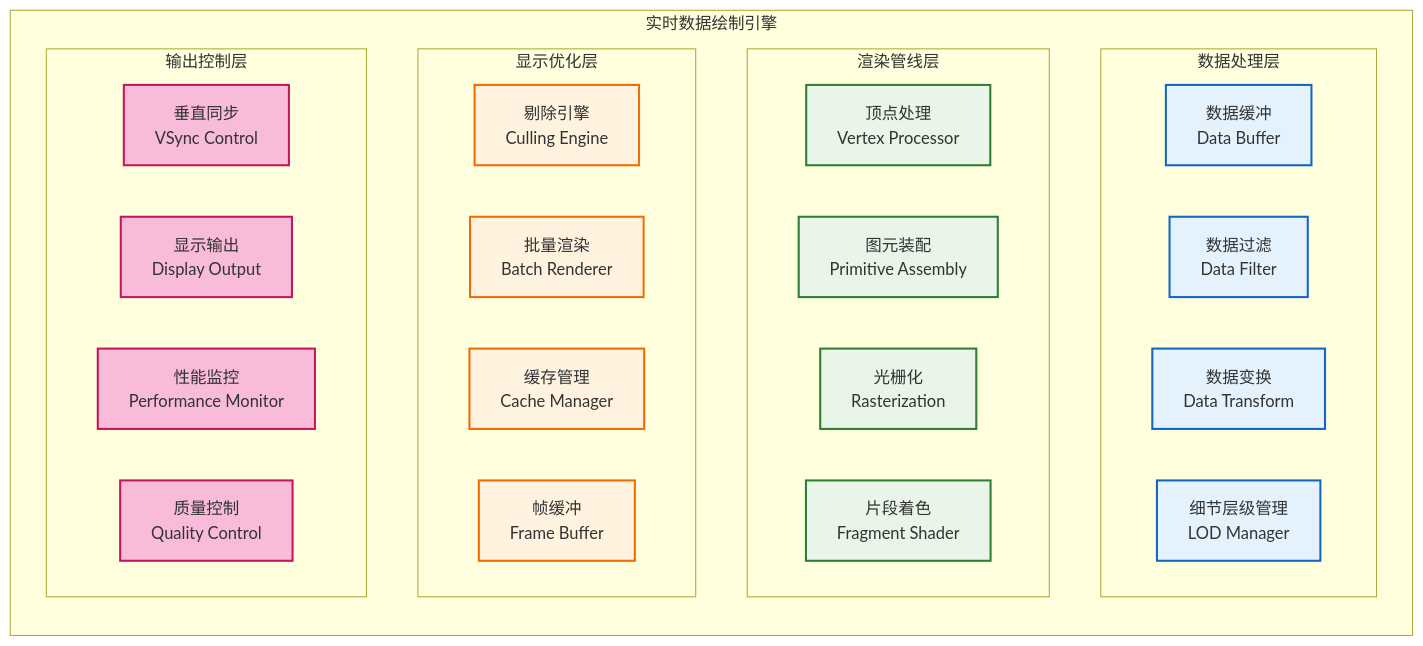
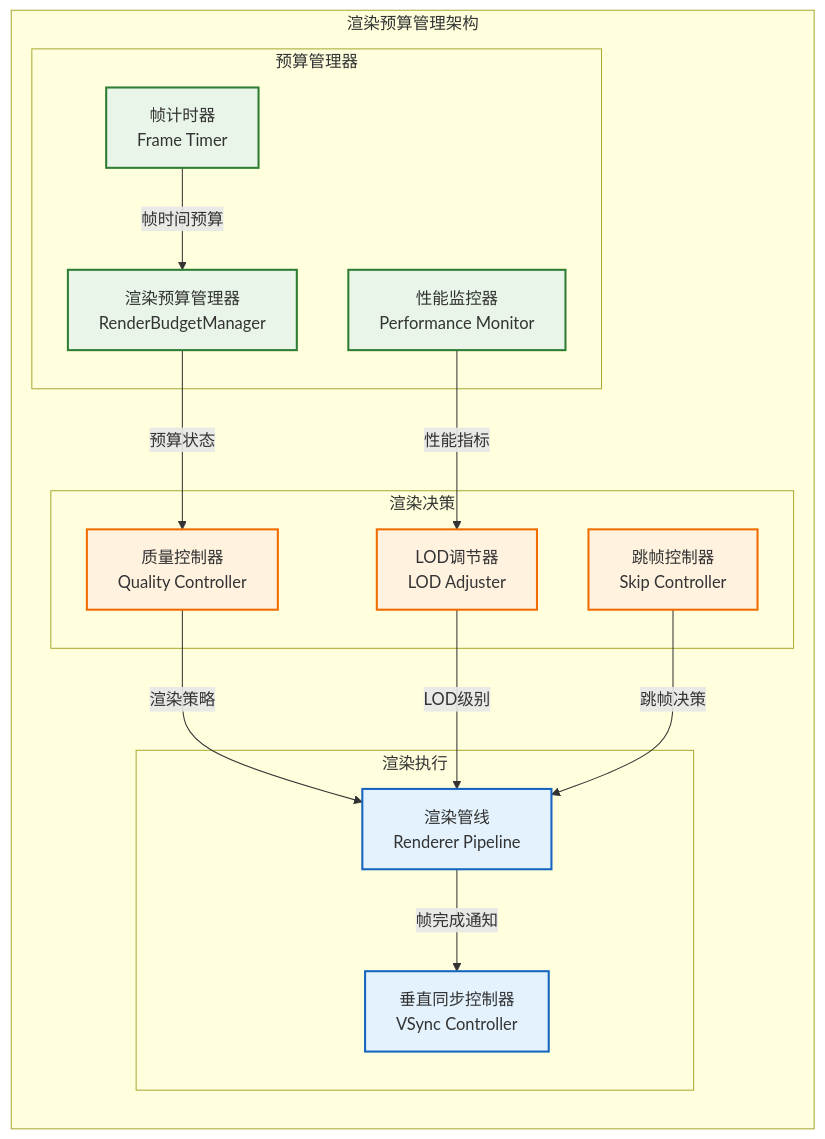
Diagram 11 of 21 in docs/01_项目设计/02_模块设计/04_显控接口模块设计.md (wendizhou99-cell/Radar), drawn with Mermaid before and after one commit. The commit also changed other lines of this file and 7 other files, not shown here.

````diff
--- a/docs/01_项目设计/02_模块设计/04_显控接口模块设计.md
+++ b/docs/01_项目设计/02_模块设计/04_显控接口模块设计.md
@@ -475,46 +923,40 @@
 ```mermaid
 flowchart TB
-    subgraph "实时数据绘制引擎"
+    subgraph "渲染预算管理架构"
         direction TB
 
-        subgraph "数据处理层"
-            DATA_BUFFER[数据缓冲<br/>Data Buffer]
-            DATA_FILTER[数据过滤<br/>Data Filter]
-            DATA_TRANSFORM[数据变换<br/>Data Transform]
-            LOD_MANAGER[细节层级管理<br/>LOD Manager]
+        subgraph "预算管理器"
+            BUDGET_MANAGER[渲染预算管理器<br/>RenderBudgetManager]
+            FRAME_TIMER[帧计时器<br/>Frame Timer]
+            PERF_MONITOR[性能监控器<br/>Performance Monitor]
         end
 
-        subgraph "渲染管线层"
-            VERTEX_PROCESSOR[顶点处理<br/>Vertex Processor]
-            PRIMITIVE_ASSEMBLY[图元装配<br/>Primitive Assembly]
-            RASTERIZATION[光栅化<br/>Rasterization]
-            FRAGMENT_SHADER[片段着色<br/>Fragment Shader]
+        subgraph "渲染决策"
+            QUALITY_CONTROLLER[质量控制器<br/>Quality Controller]
+            LOD_ADJUSTER[LOD调节器<br/>LOD Adjuster]
+            SKIP_CONTROLLER[跳帧控制器<br/>Skip Controller]
         end
 
-        subgraph "显示优化层"
-            CULLING_ENGINE[剔除引擎<br/>Culling Engine]
-            BATCH_RENDERER[批量渲染<br/>Batch Renderer]
-            CACHE_MANAGER[缓存管理<br/>Cache Manager]
-            FRAME_BUFFER[帧缓冲<br/>Frame Buffer]
+        subgraph "渲染执行"
+            RENDERER_PIPELINE[渲染管线<br/>Renderer Pipeline]
+            VSYNC_CONTROLLER[垂直同步控制器<br/>VSync Controller]
         end
 
-        subgraph "输出控制层"
-            VSYNC_CONTROL[垂直同步<br/>VSync Control]
-            DISPLAY_OUTPUT[显示输出<br/>Display Output]
-            PERFORMANCE_MONITOR[性能监控<br/>Performance Monitor]
-            QUALITY_CONTROL[质量控制<br/>Quality Control]
-        end
-
-        %% 此图展示渲染管线的标准流程，箭头表示数据处理的必要顺序
+        %% 数据流
+        FRAME_TIMER -- "帧时间预算" --> BUDGET_MANAGER
+        BUDGET_MANAGER -- "预算状态" --> QUALITY_CONTROLLER
+        QUALITY_CONTROLLER -- "渲染策略" --> RENDERER_PIPELINE
+        PERF_MONITOR -- "性能指标" --> LOD_ADJUSTER
+        LOD_ADJUSTER -- "LOD级别" --> RENDERER_PIPELINE
+        SKIP_CONTROLLER -- "跳帧决策" --> RENDERER_PIPELINE
+        RENDERER_PIPELINE -- "帧完成通知" --> VSYNC_CONTROLLER
     end
 
-    classDef data fill:#e3f2fd,stroke:#1565c0,stroke-width:2px
-    classDef render fill:#e8f5e8,stroke:#2e7d32,stroke-width:2px
-    classDef optimize fill:#fff3e0,stroke:#ef6c00,stroke-width:2px
-    classDef output fill:#f8bbd9,stroke:#c2185b,stroke-width:2px
+    classDef budget fill:#e8f5e8,stroke:#2e7d32,stroke-width:2px
+    classDef decision fill:#fff3e0,stroke:#ef6c00,stroke-width:2px
+    classDef render fill:#e3f2fd,stroke:#1565c0,stroke-width:2px
 
-    class DATA_BUFFER,DATA_FILTER,DATA_TRANSFORM,LOD_MANAGER data
-    class VERTEX_PROCESSOR,PRIMITIVE_ASSEMBLY,RASTERIZATION,FRAGMENT_SHADER render
-    class CULLING_ENGINE,BATCH_RENDERER,CACHE_MANAGER,FRAME_BUFFER optimize
-    class VSYNC_CONTROL,DISPLAY_OUTPUT,PERFORMANCE_MONITOR,QUALITY_CONTROL output
+    class BUDGET_MANAGER,FRAME_TIMER,PERF_MONITOR budget
+    class QUALITY_CONTROLLER,LOD_ADJUSTER,SKIP_CONTROLLER decision
+    class RENDERER_PIPELINE,VSYNC_CONTROLLER render
 ```
````
